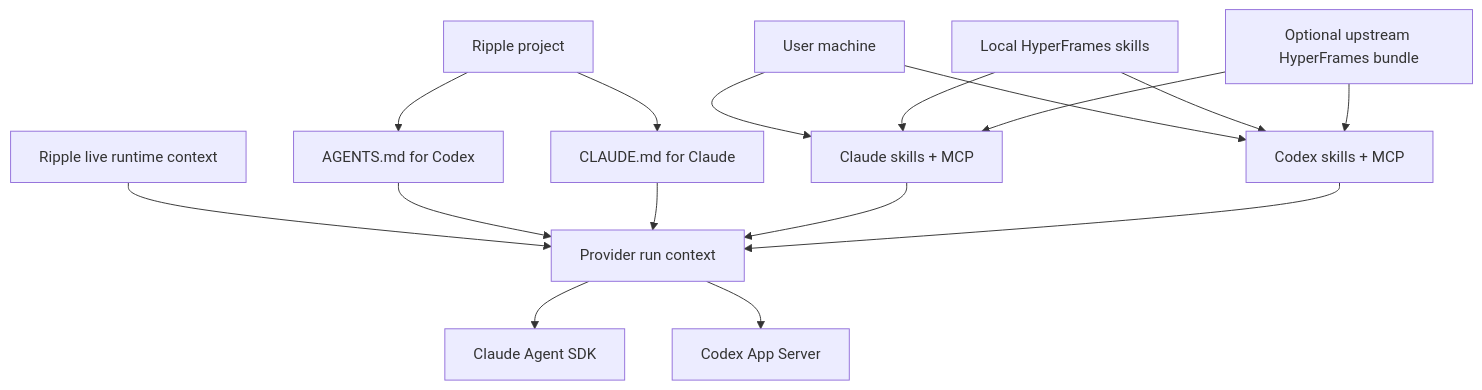
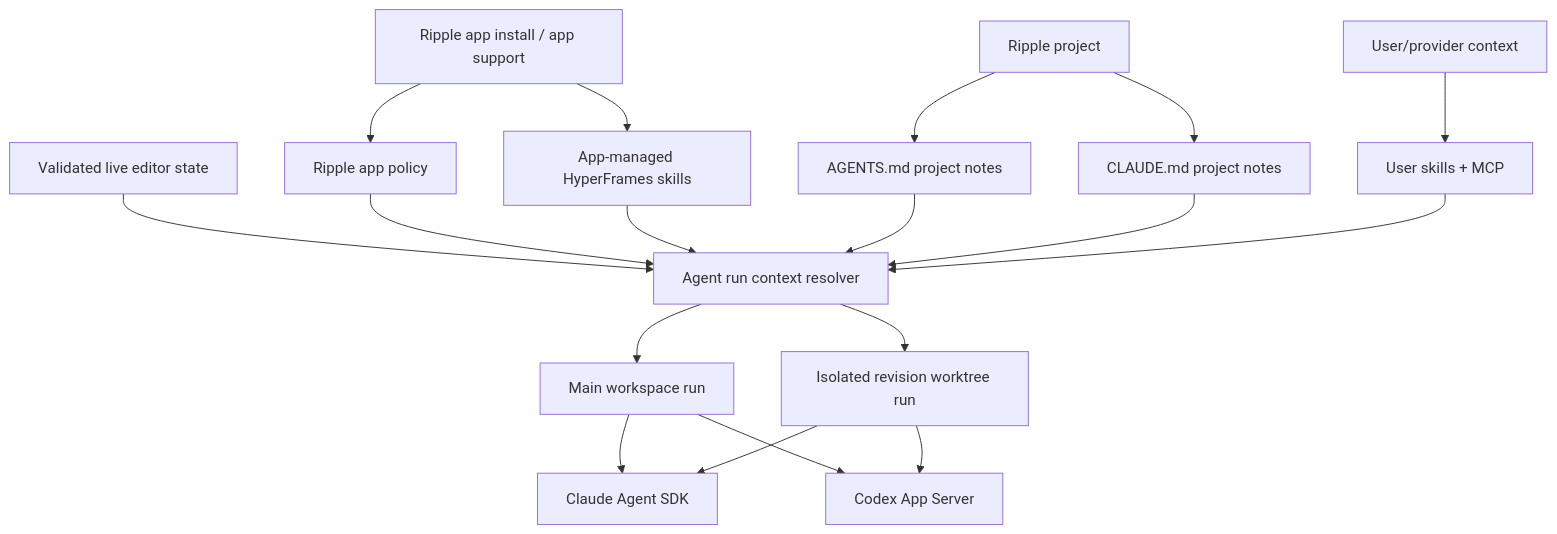
One commit to conmeara/ripple changed the first of 2 diagrams in plans/phase-13-agent-prompting-and-skills.md. Above: the diagram before and after it, drawn with Mermaid. The commit also changed other lines of this file and 1 other file, not shown here.

Commit message:
Update Phase 13 agent run context plan

````diff
--- a/plans/phase-13-agent-prompting-and-skills.md
+++ b/plans/phase-13-agent-prompting-and-skills.md
@@ -567,21 +1050,23 @@
 ```mermaid
 flowchart TB
-  Project["Ripple project"] --> A["AGENTS.md for Codex"]
-  Project --> C["CLAUDE.md for Claude"]
+  App["Ripple app install / app support"] --> Policy["Ripple app policy"]
+  App --> AppSkills["App-managed HyperFrames skills"]
 
-  UserEnv["User machine"] --> ClaudeSkills["Claude skills + MCP"]
-  UserEnv --> CodexSkills["Codex skills + MCP"]
-  HyperFrames["Local HyperFrames skills"] --> ClaudeSkills
-  HyperFrames --> CodexSkills
-  Upstream["Optional upstream HyperFrames bundle"] --> ClaudeSkills
-  Upstream --> CodexSkills
+  Project["Ripple project"] --> A["AGENTS.md project notes"]
+  Project --> C["CLAUDE.md project notes"]
+  UserEnv["User/provider context"] --> UserSkills["User skills + MCP"]
+  Runtime["Validated live editor state"] --> Resolver["Agent run context resolver"]
 
-  Runtime["Ripple live runtime context"] --> Prompt["Provider run context"]
-  A --> Prompt
-  C --> Prompt
-  ClaudeSkills --> Prompt
-  CodexSkills --> Prompt
+  Policy --> Resolver
+  AppSkills --> Resolver
+  A --> Resolver
+  C --> Resolver
+  UserSkills --> Resolver
 
-  Prompt --> Claude["Claude Agent SDK"]
-  Prompt --> Codex["Codex App Server"]
+  Resolver --> Main["Main workspace run"]
+  Resolver --> Revision["Isolated revision worktree run"]
+  Main --> Claude["Claude Agent SDK"]
+  Main --> Codex["Codex App Server"]
+  Revision --> Claude
+  Revision --> Codex
 ```
````
